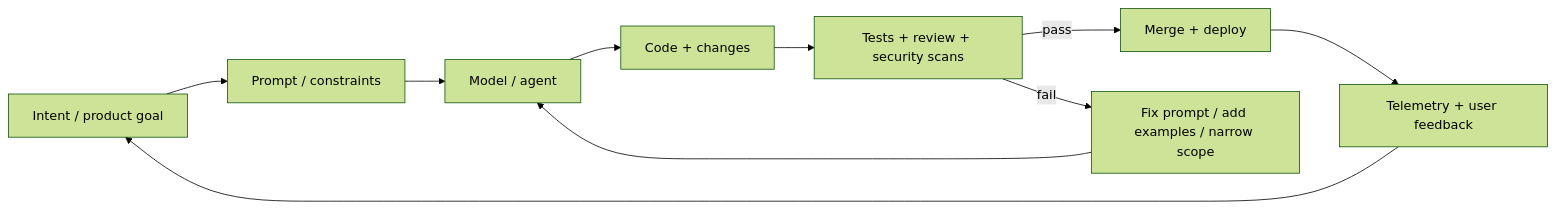
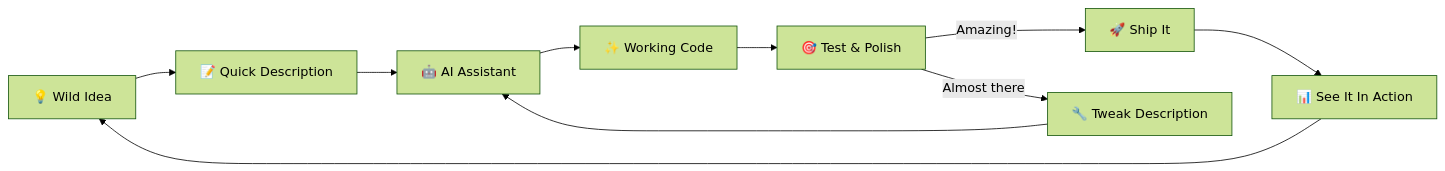
One commit to andrewdkennedy1/andrewdkennedy1.github.io changed the diagram in _posts/2026-01-03-the-specter-of-the-vibecode.md. Above: the diagram before and after it, drawn with Mermaid (forest theme). The commit also changed other lines of this file and 4 other files, not shown here.

````diff
--- a/_posts/2026-01-03-the-specter-of-the-vibecode.md
+++ b/_posts/2026-01-03-the-specter-of-the-vibecode.md
@@ -46,12 +42,12 @@
 ```mermaid
 flowchart LR
-  A[Intent / product goal] --> B[Prompt / constraints]
-  B --> C[Model / agent]
-  C --> D[Code + changes]
-  D --> E[Tests + review + security scans]
-  E -->|pass| F[Merge + deploy]
-  E -->|fail| G[Fix prompt / add examples / narrow scope]
+  A[💡 Wild Idea] --> B[📝 Quick Description]
+  B --> C[🤖 AI Assistant]
+  C --> D[✨ Working Code]
+  D --> E[🎯 Test & Polish]
+  E -->|Amazing!| F[🚀 Ship It]
+  E -->|Almost there| G[🔧 Tweak Description]
   G --> C
-  F --> H[Telemetry + user feedback]
+  F --> H[📊 See It In Action]
   H --> A
 ```
````
